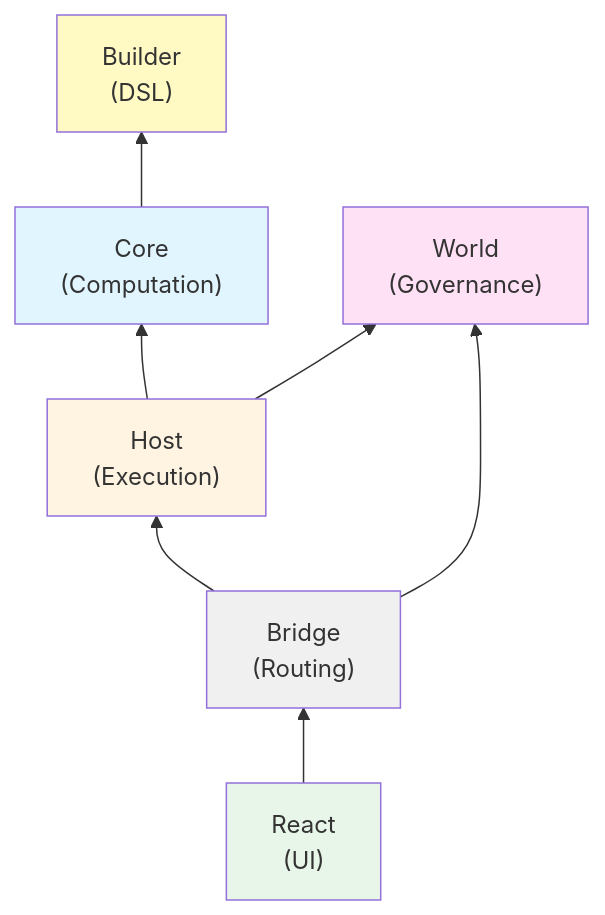
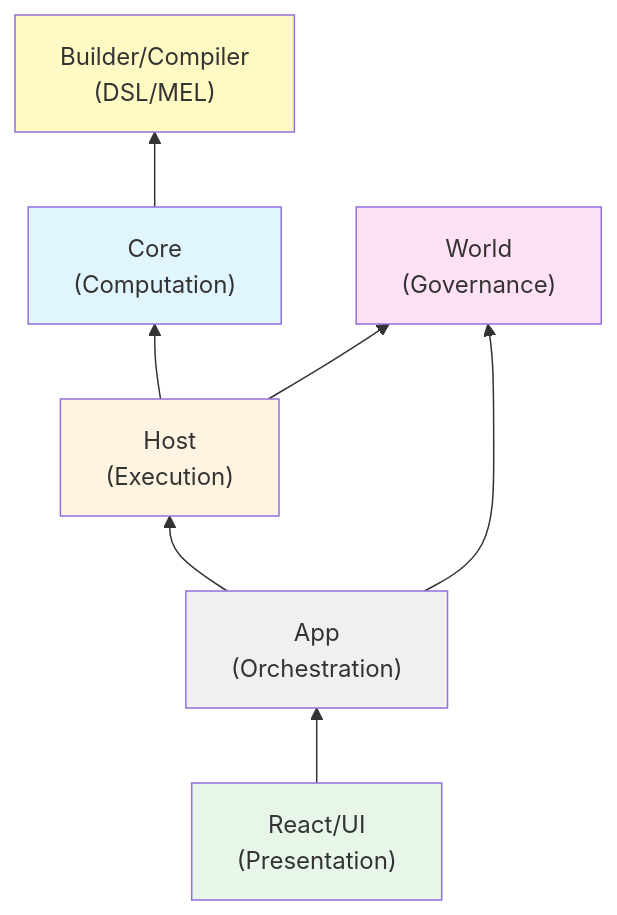
The first of 2 diagrams in docs/architecture/index.md (manifesto-ai/core), drawn with Mermaid before and after one commit. The commit also changed other lines of this file and 3 other files, not shown here.

First line of the commit message:
docs: update documentation to reflect current architecture

````diff
--- a/docs/architecture/index.md
+++ b/docs/architecture/index.md
@@ -358,23 +358,23 @@
 ```mermaid
 graph BT
-    Builder["Builder<br/>(DSL)"]
+    Builder["Builder/Compiler<br/>(DSL/MEL)"]
     Core["Core<br/>(Computation)"]
     Host["Host<br/>(Execution)"]
     World["World<br/>(Governance)"]
-    Bridge["Bridge<br/>(Routing)"]
-    React["React<br/>(UI)"]
+    App["App<br/>(Orchestration)"]
+    UI["React/UI<br/>(Presentation)"]
 
     Core --> Builder
     Host --> Core
     Host --> World
-    Bridge --> World
-    Bridge --> Host
-    React --> Bridge
+    App --> World
+    App --> Host
+    UI --> App
 
     style Core fill:#e1f5ff
     style Host fill:#fff4e1
     style World fill:#ffe1f5
-    style Bridge fill:#f0f0f0
-    style React fill:#e8f5e9
+    style App fill:#f0f0f0
+    style UI fill:#e8f5e9
     style Builder fill:#fff9c4
 ```
````
